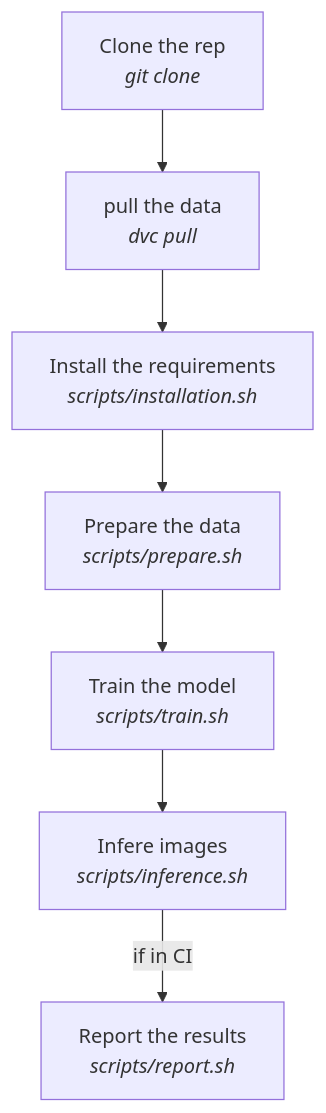
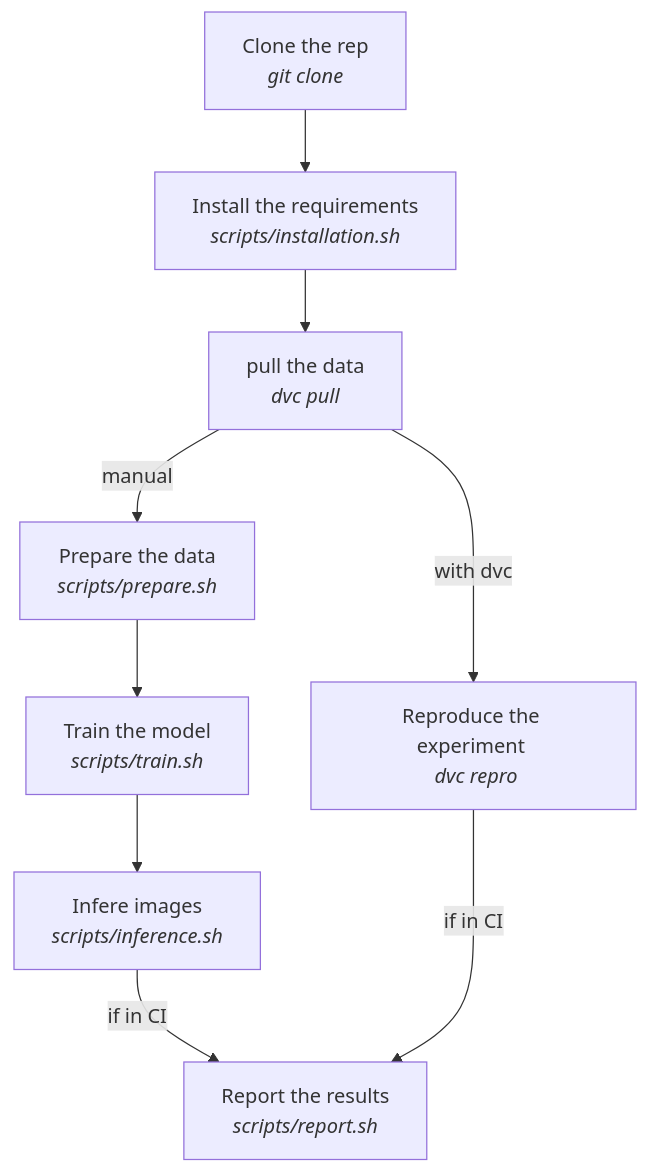
One commit to csia-pme/dreambooth-demo changed the second of 2 diagrams in README.md. Above: the diagram before and after it, drawn with Mermaid. The commit also changed other lines of this file and 3 other files, not shown here.

````diff
--- a/README.md
+++ b/README.md
@@ -41,10 +48,12 @@
 ```mermaid
 graph TD
-C[Clone the rep\n <i>git clone</i>]
-C --> C2[pull the data\n <i>dvc pull</i>] 
-C2 --> D[Install the requirements\n <i>scripts/installation.sh</i>]
-D --> E[Prepare the data \n <i>scripts/prepare.sh</i>]
+B[Clone the rep\n <i>git clone</i>]
+B --> C[Install the requirements\n <i>scripts/installation.sh</i>]
+C --> D[pull the data\n <i>dvc pull</i>] 
+D -- manual --> E[Prepare the data \n <i>scripts/prepare.sh</i>]
 E --> F[Train the model\n <i>scripts/train.sh</i>]
 F --> G[Infere images \n <i>scripts/inference.sh</i>]
 G -- if in CI --> H[Report the results \n <i>scripts/report.sh</i>]
+D -- with dvc --> I[Reproduce the experiment \n <i>dvc repro</i>]
+I -- if in CI ---> H
 ```
````
